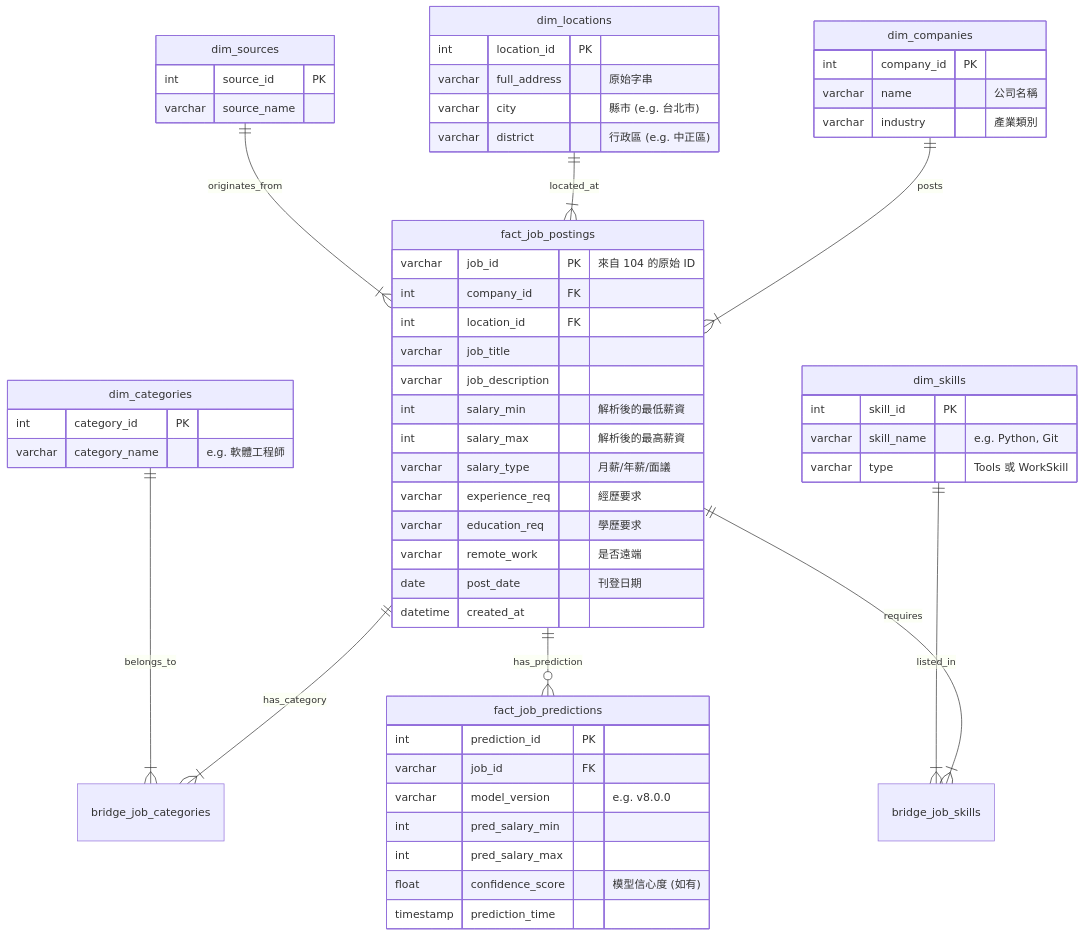
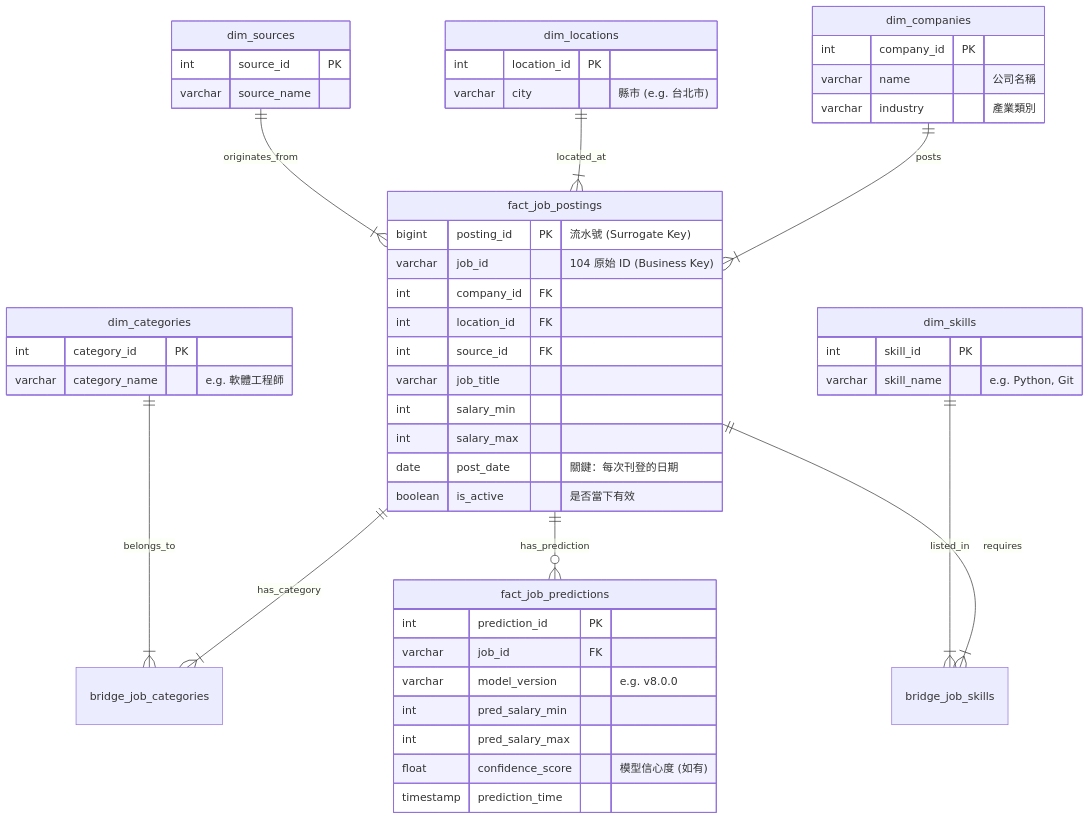
Before and after one commit to DataSideProject/WLS: the diagram in 104_jobdata_crawler_final/database_schema_design.md, drawn with Mermaid. The commit also changed other lines of this file, not shown here.

Commit message:
Please enter the commit message for your changes. Lines starting with '#' will be ignored, and an empty message aborts the commit.
On branch main
Your branch is up to date with 'origin/main'.

Changes to be committed:
	modified:   104_jobdata_crawler_final/database_schema_design.md

Untracked files:
	104_jobdata_crawler_final/optimize_test_file/

````diff
--- a/104_jobdata_crawler_final/database_schema_design.md
+++ b/104_jobdata_crawler_final/database_schema_design.md
@@ -15,78 +15,73 @@
 ```mermaid
 erDiagram
-    %% 核心事實表
+    %% 核心事實表 (Fact Table)
+    %% 改用 Surrogate Key (posting_id) 作為 PK，允許同一 job_id 在不同日期重複出現
     fact_job_postings {
-        varchar job_id PK "來自 104 的原始 ID"
+        bigint posting_id PK "流水號 (Surrogate Key)"
+        varchar job_id "104 原始 ID (Business Key)"
         int company_id FK
         int location_id FK
+        int source_id FK
         varchar job_title
-        varchar job_description
-        int salary_min "解析後的最低薪資"
-        int salary_max "解析後的最高薪資"
-        varchar salary_type "月薪/年薪/面議"
-        varchar experience_req "經歷要求"
-        varchar education_req "學歷要求"
-        varchar remote_work "是否遠端"
-        date post_date "刊登日期"
-        datetime created_at
+        int salary_min
+        int salary_max
+        date post_date "關鍵：每次刊登的日期"
+        boolean is_active "是否當下有效"
     }
 
     %% 維度表：公司
     dim_companies {
         int company_id PK
         varchar name "公司名稱"
         varchar industry "產業類別"
     }
 
     %% 維度表：地區
     dim_locations {
         int location_id PK
-        varchar full_address "原始字串"
         varchar city "縣市 (e.g. 台北市)"
-        varchar district "行政區 (e.g. 中正區)"
     }
 
     %% 維度表：職務類別 (參考 104 分類)
     dim_categories {
         int category_id PK
         varchar category_name "e.g. 軟體工程師"
     }
 
     %% 維度表：技能 (包含 Tools 與 Work Skills)
     dim_skills {
         int skill_id PK
         varchar skill_name "e.g. Python, Git"
-        varchar type "Tools 或 WorkSkill"
     }
 
     %% 維度表：來源 (104, CakeResume)
     dim_sources {
         int source_id PK
         varchar source_name
     }
 
     %% 預測結果事實表 (MLOps)
     fact_job_predictions {
         int prediction_id PK
         varchar job_id FK
         varchar model_version "e.g. v8.0.0"
         int pred_salary_min
         int pred_salary_max
         float confidence_score "模型信心度 (如有)"
         timestamp prediction_time
     }
 
     %% 關聯 (Relationships)
     dim_companies ||--|{ fact_job_postings : "posts"
     dim_locations ||--|{ fact_job_postings : "located_at"
     dim_sources   ||--|{ fact_job_postings : "originates_from"
 
     %% 多對多關聯 (Bridge Tables)
     fact_job_postings ||--|{ bridge_job_categories : "has_category"
     dim_categories ||--|{ bridge_job_categories : "belongs_to"
 
     fact_job_postings ||--|{ bridge_job_skills : "requires"
     dim_skills ||--|{ bridge_job_skills : "listed_in"
 
     fact_job_postings ||--o{ fact_job_predictions : "has_prediction"
 ```
````
